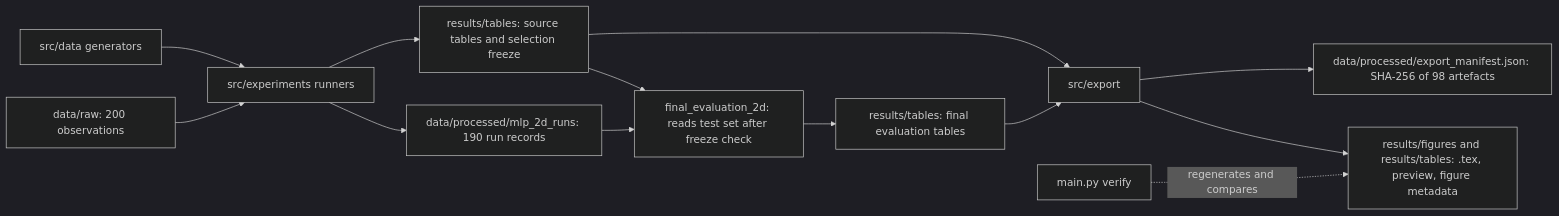
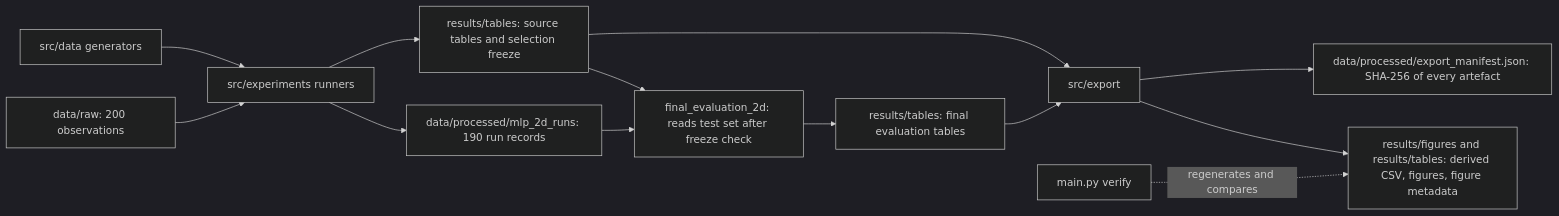
One commit to mahdidou711/polynomial-regression-mlp changed the diagram in docs/architecture.md. Above: the diagram before and after it, drawn with Mermaid (dark theme). The commit also changed other lines of this file and 549 other files, not shown here.

````diff
--- a/docs/architecture.md
+++ b/docs/architecture.md
@@ -17,15 +17,15 @@
 ```mermaid
 flowchart LR
     raw["data/raw: 200 observations"] --> runners["src/experiments runners"]
     gen["src/data generators"] --> runners
     runners --> cache["data/processed/mlp_2d_runs: 190 run records"]
     runners --> src_tables["results/tables: source tables and selection freeze"]
     cache --> final["final_evaluation_2d: reads test set after freeze check"]
     src_tables --> final
     final --> final_tables["results/tables: final evaluation tables"]
     src_tables --> export["src/export"]
     final_tables --> export
-    export --> derived["results/figures and results/tables: .tex, preview, figure metadata"]
-    export --> manifest["data/processed/export_manifest.json: SHA-256 of 98 artefacts"]
+    export --> derived["results/figures and results/tables: derived CSV, figures, figure metadata"]
+    export --> manifest["data/processed/export_manifest.json: SHA-256 of every artefact"]
     verify["main.py verify"] -. "regenerates and compares" .-> derived
 ```
````
